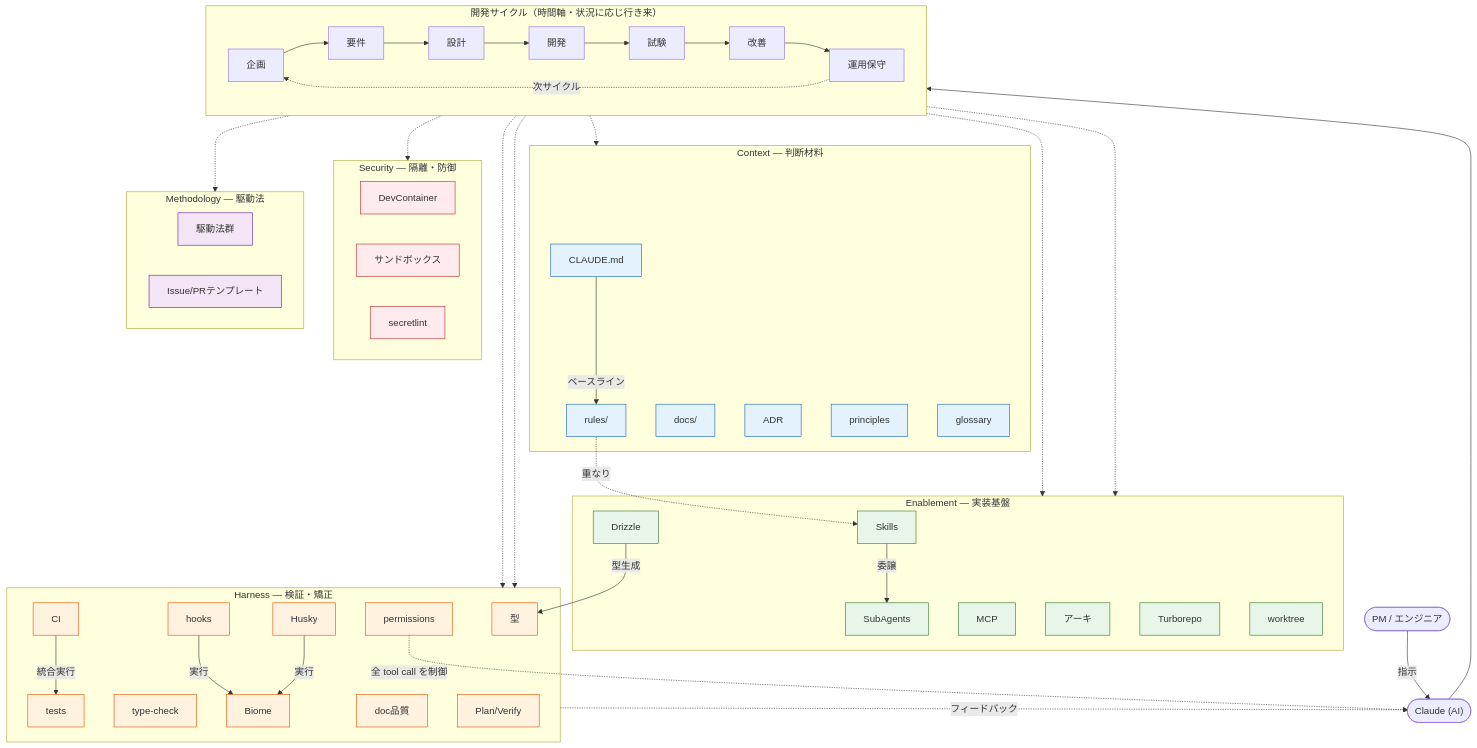
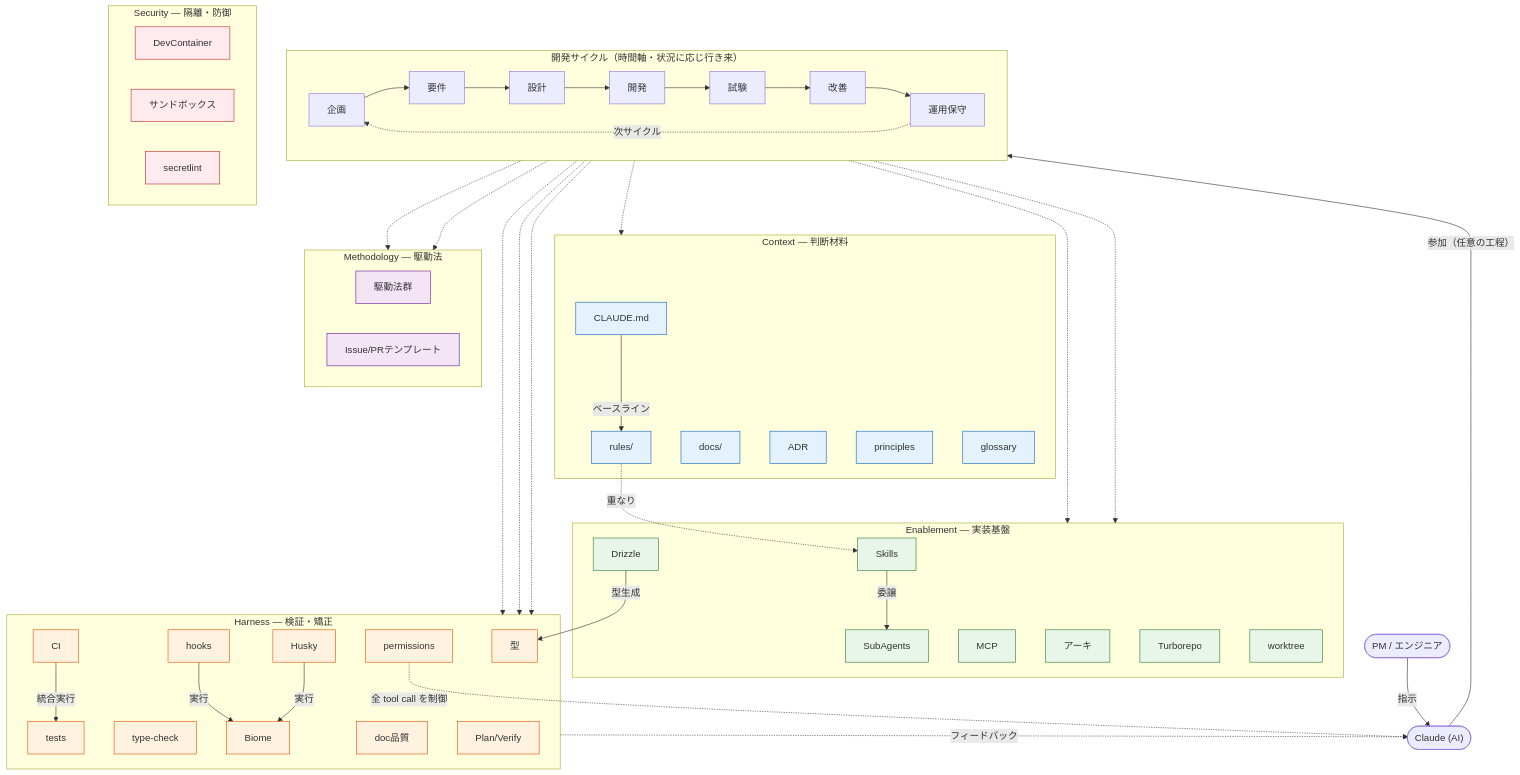
One commit to kuairen-227/agent-team-studio changed the diagram in docs/guides/ai-driven-development.md. Above: the diagram before and after it, drawn with Mermaid.

Commit message:
docs(project): 統合図の工程→分類マッピングを精緻化
アーキテクトレビュー指摘を反映:
- AI の参加起点を P1 から time サブグラフ全体へ（全工程に参加しうる）
- P7→sec を P7→harness に変更（Security は特定工程駆動でなく全工程横断の
  常時基盤のため、色のみで表現）
- P3（設計）に method 接続を追加（ADR 駆動との整合）

https://claude.ai/code/session_01WKme64QYWRyV5JaZ5wtude

````diff
--- a/docs/guides/ai-driven-development.md
+++ b/docs/guides/ai-driven-development.md
@@ -25,56 +25,56 @@
 ```mermaid
 flowchart TB
     User(["PM / エンジニア"]) -->|"指示"| AI(["Claude (AI)"])
-    AI --> P1
+    AI -->|"参加（任意の工程）"| time
 
     subgraph time["開発サイクル（時間軸・状況に応じ行き来）"]
         direction LR
         P1["企画"] --> P2["要件"] --> P3["設計"] --> P4["開発"] --> P5["試験"] --> P6["改善"] --> P7["運用保守"]
         P7 -.->|"次サイクル"| P1
     end
 
     subgraph context["Context — 判断材料"]
         CL["CLAUDE.md"]; RUL["rules/"]; DOC["docs/"]; ADR["ADR"]; PRI["principles"]; GLO["glossary"]
     end
     subgraph enable["Enablement — 実装基盤"]
         SKL["Skills"]; AGT["SubAgents"]; MCP["MCP"]; ARC["アーキ"]; DRZ["Drizzle"]; TRB["Turborepo"]; WT["worktree"]
     end
     subgraph harness["Harness — 検証・矯正"]
         TYP["型"]; TST["tests"]; TC["type-check"]; LNT["Biome"]; HK["hooks"]; HUS["Husky"]; CI["CI"]; MDL["doc品質"]; PV["Plan/Verify"]; PRM["permissions"]
     end
     subgraph sec["Security — 隔離・防御"]
         DC["DevContainer"]; SB["サンドボックス"]; SL["secretlint"]
     end
     subgraph method["Methodology — 駆動法"]
         XDD["駆動法群"]; TPL["Issue/PRテンプレート"]
     end
 
     P1 -.-> method
     P2 -.-> context
-    P3 -.-> enable
+    P3 -.-> enable & method
     P4 -.-> enable
     P5 -.-> harness
     P6 -.-> harness
-    P7 -.-> sec
+    P7 -.-> harness
 
     CL -->|"ベースライン"| RUL
     RUL -.->|"重なり"| SKL
     SKL -->|"委譲"| AGT
     DRZ -->|"型生成"| TYP
     HK -->|"実行"| LNT
     HUS -->|"実行"| LNT
     CI -->|"統合実行"| TST
     harness -.->|"フィードバック"| AI
     PRM -.->|"全 tool call を制御"| AI
 
     classDef c fill:#e3f2fd,stroke:#1565c0
     classDef h fill:#fff3e0,stroke:#e65100
     classDef s fill:#ffebee,stroke:#c62828
     classDef e fill:#e8f5e9,stroke:#2e7d32
     classDef m fill:#f3e5f5,stroke:#6a1b9a
     class CL,DOC,ADR,RUL,PRI,GLO c
     class TYP,TST,TC,LNT,HK,HUS,CI,MDL,PV,PRM h
     class DC,SB,SL s
     class SKL,AGT,MCP,ARC,DRZ,TRB,WT e
     class XDD,TPL m
 ```
````
